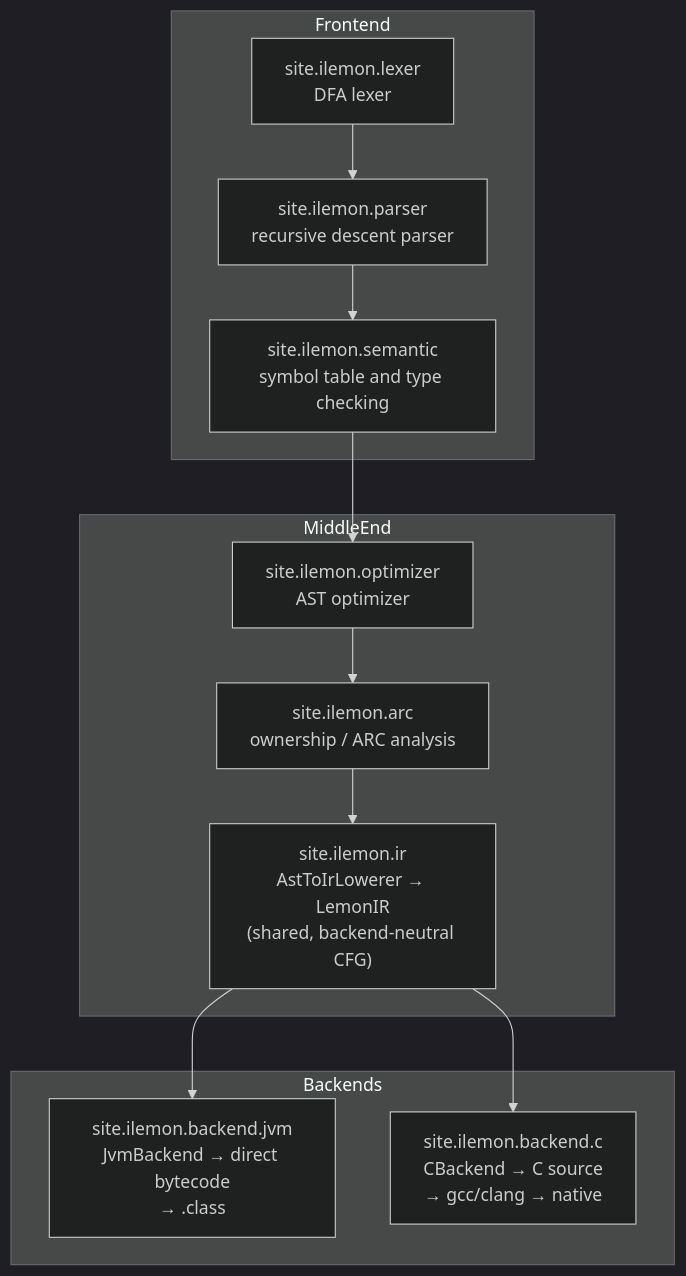
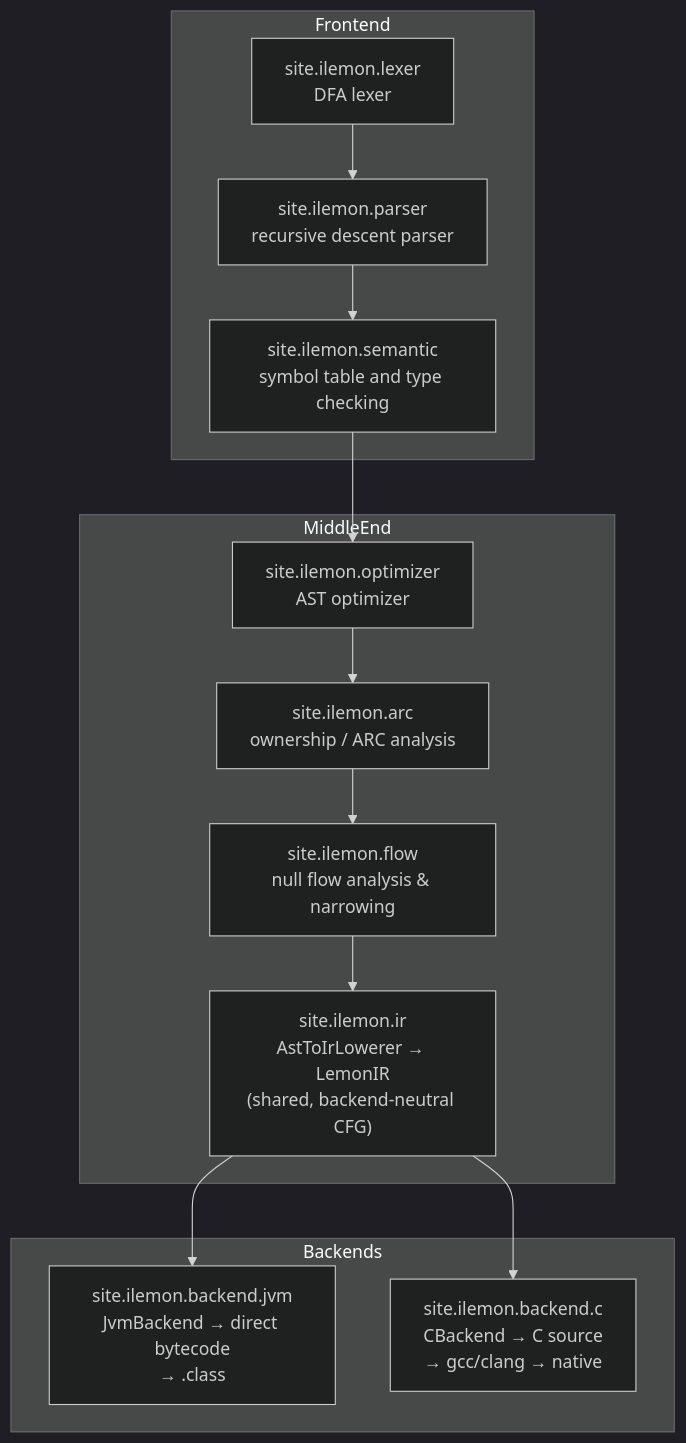
Before and after one commit to luongankhang/lemonc-dev: the first of 2 diagrams in README.md, drawn with Mermaid (dark theme). The commit also changed other lines of this file and 13 other files, not shown here.

Commit message:
feat: add null-safety and memory safety analysis

````diff
--- a/README.md
+++ b/README.md
@@ -150,23 +151,24 @@
 ```mermaid
 flowchart TB
     subgraph Frontend
         L["site.ilemon.lexer<br/>DFA lexer"]
         P["site.ilemon.parser<br/>recursive descent parser"]
         S["site.ilemon.semantic<br/>symbol table and type checking"]
     end
 
     subgraph MiddleEnd
         O["site.ilemon.optimizer<br/>AST optimizer"]
         A["site.ilemon.arc<br/>ownership / ARC analysis"]
+        F["site.ilemon.flow<br/>null flow analysis & narrowing"]
         IR["site.ilemon.ir<br/>AstToIrLowerer → LemonIR<br/>(shared, backend-neutral CFG)"]
     end
 
     subgraph Backends
         J["site.ilemon.backend.jvm<br/>JvmBackend → direct bytecode<br/>→ .class"]
         C["site.ilemon.backend.c<br/>CBackend → C source<br/>→ gcc/clang → native"]
     end
 
-    L --> P --> S --> O --> A --> IR
+    L --> P --> S --> O --> A --> F --> IR
     IR --> J
     IR --> C
 ```
````
